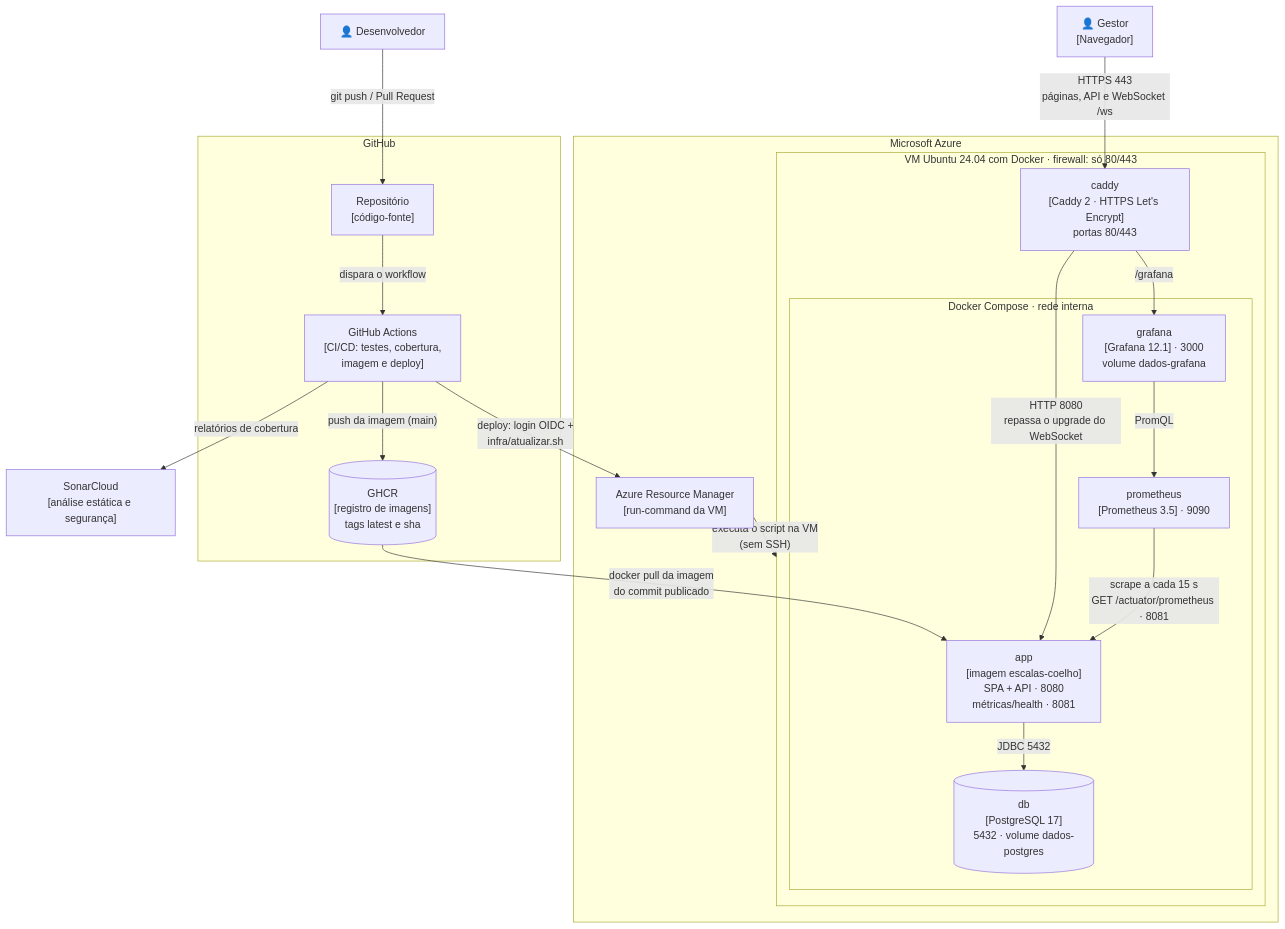
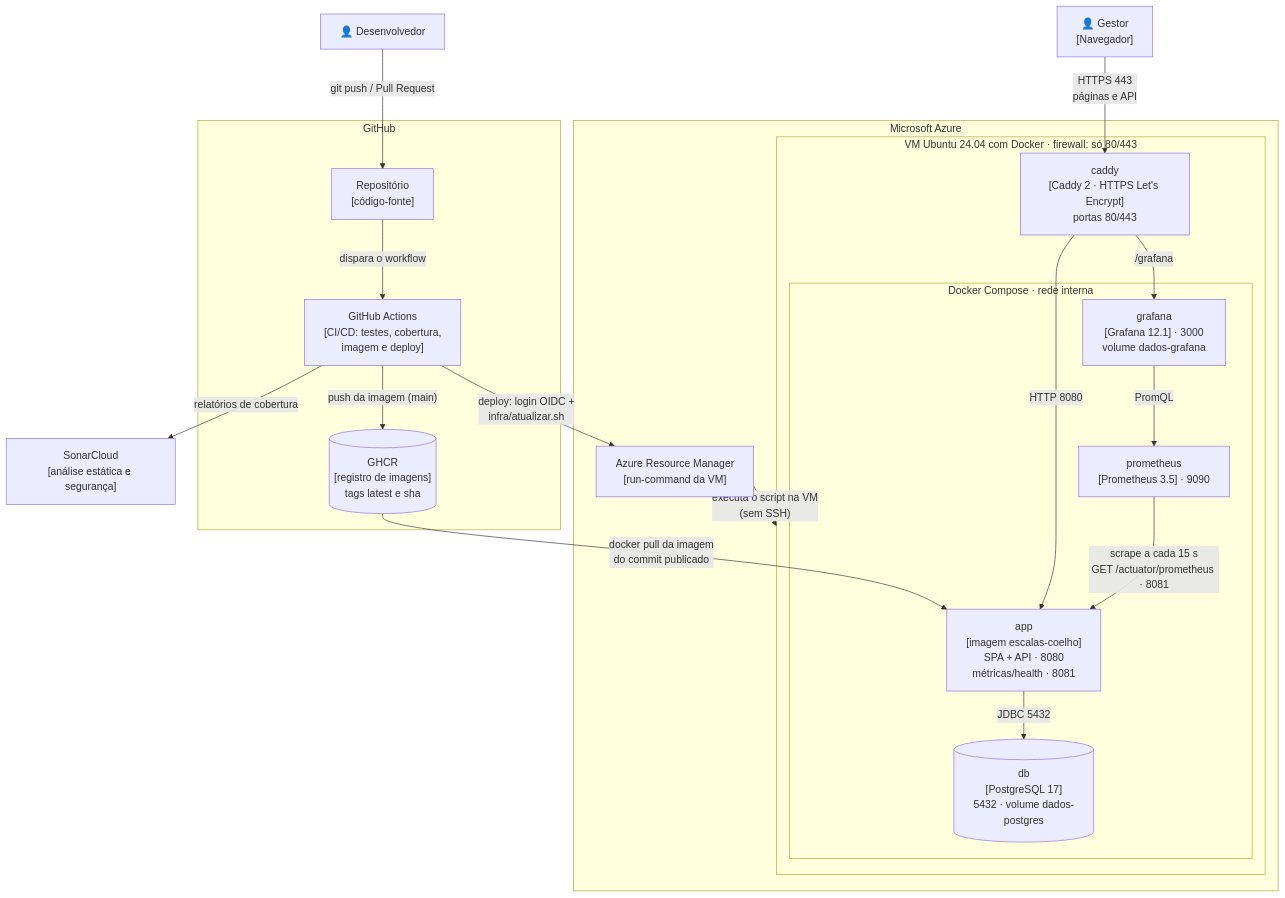
The fourth of 4 diagrams in docs/arquitetura.md (GabrielCoelhom12/TCC-MERCADO-COELHO), drawn with Mermaid before and after one commit. The commit also changed other lines of this file and 49 other files, not shown here.

````diff
--- a/docs/arquitetura.md
+++ b/docs/arquitetura.md
@@ -84,42 +80,42 @@
 ```mermaid
 flowchart TB
     gestor["👤 Gestor<br/>[Navegador]"]
     dev["👤 Desenvolvedor"]
 
     subgraph github["GitHub"]
         repo["Repositório<br/>[código-fonte]"]
         actions["GitHub Actions<br/>[CI/CD: testes, cobertura,<br/>imagem e deploy]"]
         ghcr[("GHCR<br/>[registro de imagens]<br/>tags latest e sha")]
     end
 
     sonar["SonarCloud<br/>[análise estática e segurança]"]
 
     subgraph azure["Microsoft Azure"]
         arm["Azure Resource Manager<br/>[run-command da VM]"]
     subgraph servidor["VM Ubuntu 24.04 com Docker · firewall: só 80/443"]
         proxy["caddy<br/>[Caddy 2 · HTTPS Let's Encrypt]<br/>portas 80/443"]
 
         subgraph compose["Docker Compose · rede interna"]
             app["app<br/>[imagem escalas-coelho]<br/>SPA + API · 8080<br/>métricas/health · 8081"]
             db[("db<br/>[PostgreSQL 17]<br/>5432 · volume dados-postgres")]
             prom["prometheus<br/>[Prometheus 3.5] · 9090"]
             graf["grafana<br/>[Grafana 12.1] · 3000<br/>volume dados-grafana"]
         end
     end
     end
 
     dev -- "git push / Pull Request" --> repo
     repo -- "dispara o workflow" --> actions
     actions -- "relatórios de cobertura" --> sonar
     actions -- "push da imagem (main)" --> ghcr
     actions -- "deploy: login OIDC +<br/>infra/atualizar.sh" --> arm
     arm -- "executa o script na VM<br/>(sem SSH)" --> servidor
     ghcr -- "docker pull da imagem<br/>do commit publicado" --> app
 
-    gestor -- "HTTPS 443<br/>páginas, API e WebSocket /ws" --> proxy
-    proxy -- "HTTP 8080<br/>repassa o upgrade do WebSocket" --> app
+    gestor -- "HTTPS 443<br/>páginas e API" --> proxy
+    proxy -- "HTTP 8080" --> app
     proxy -- "/grafana" --> graf
     app -- "JDBC 5432" --> db
     prom -- "scrape a cada 15 s<br/>GET /actuator/prometheus · 8081" --> app
     graf -- "PromQL" --> prom
 ```
````
